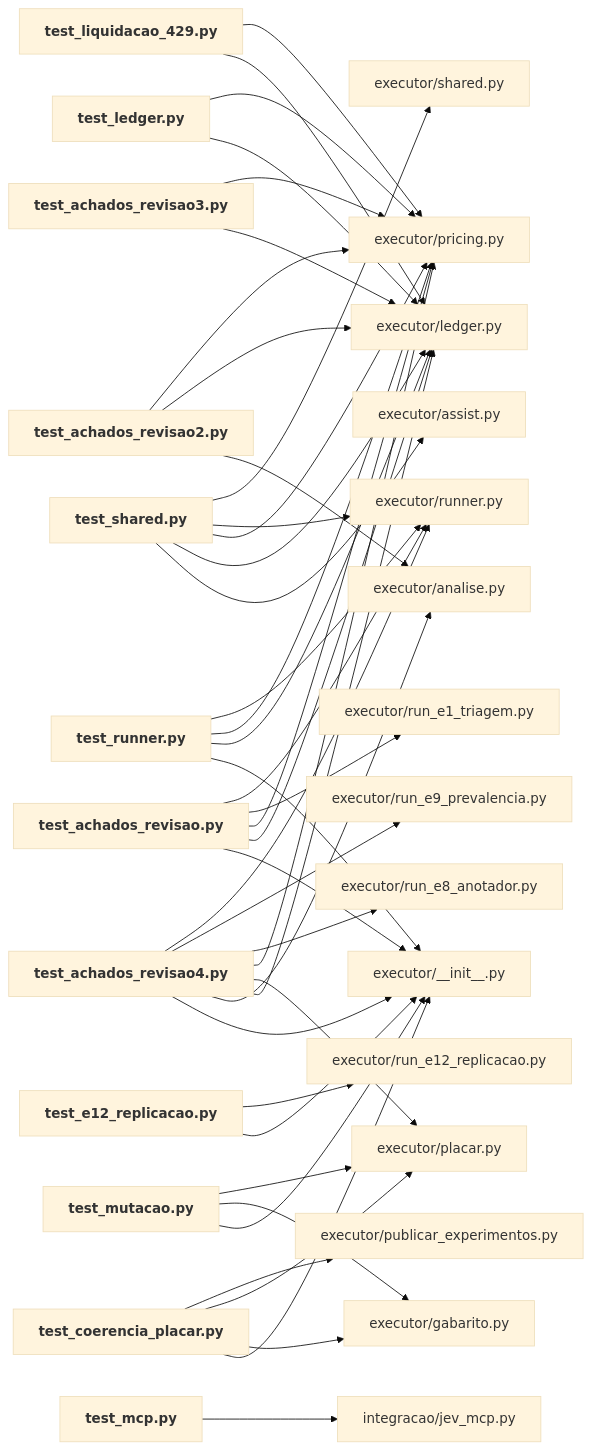
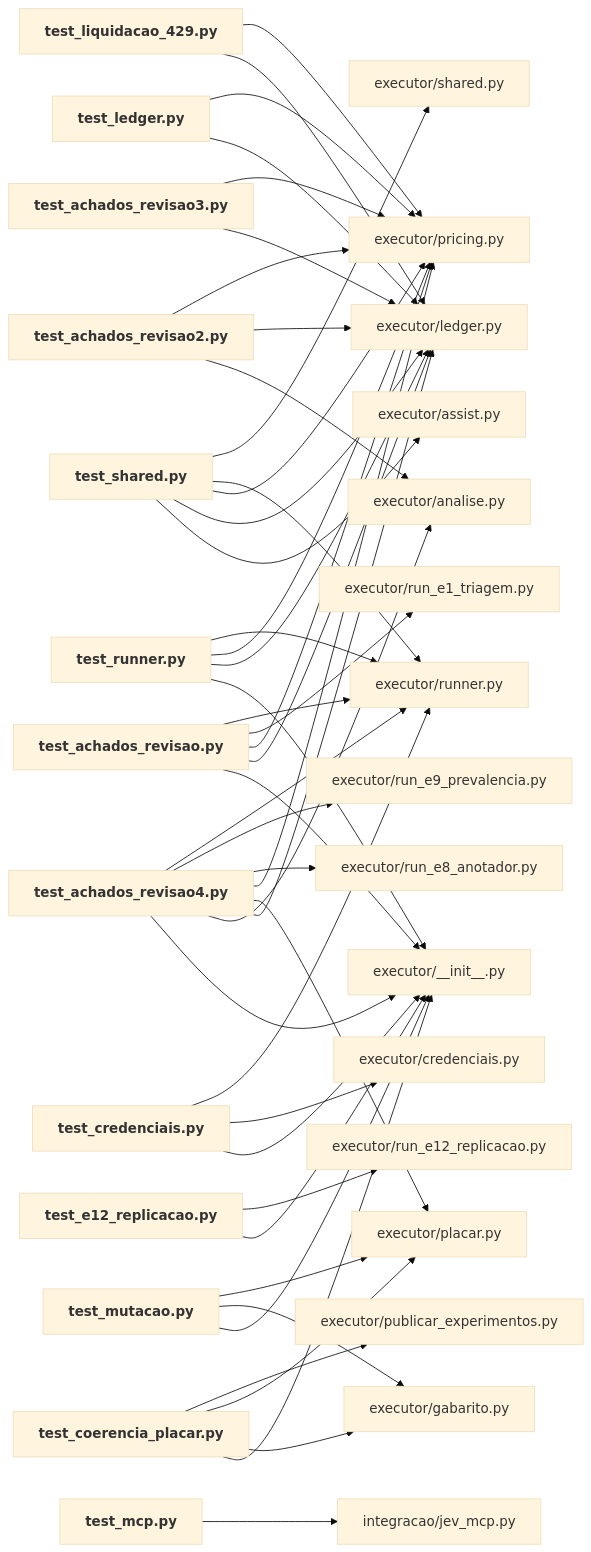
The diagram in mapa/pastas/executor__tests.md (igormorais123/JEV), drawn with Mermaid (base theme) before and after one commit. The commit also changed other lines of this file and 49 other files, not shown here.

````diff
--- a/mapa/pastas/executor__tests.md
+++ b/mapa/pastas/executor__tests.md
@@ -33,71 +34,76 @@
 ```mermaid
 flowchart LR
   n_executor___init___py["executor/__init__.py"]
   n_executor_analise_py["executor/analise.py"]
   n_executor_assist_py["executor/assist.py"]
+  n_executor_credenciais_py["executor/credenciais.py"]
   n_executor_gabarito_py["executor/gabarito.py"]
   n_executor_ledger_py["executor/ledger.py"]
   n_executor_placar_py["executor/placar.py"]
   n_executor_pricing_py["executor/pricing.py"]
   n_executor_publicar_experimentos_py["executor/publicar_experimentos.py"]
   n_executor_run_e12_replicacao_py["executor/run_e12_replicacao.py"]
   n_executor_run_e1_triagem_py["executor/run_e1_triagem.py"]
   n_executor_run_e8_anotador_py["executor/run_e8_anotador.py"]
   n_executor_run_e9_prevalencia_py["executor/run_e9_prevalencia.py"]
   n_executor_runner_py["executor/runner.py"]
   n_executor_shared_py["executor/shared.py"]
   n_executor_tests_test_achados_revisao_py["<b>test_achados_revisao.py</b>"]
   n_executor_tests_test_achados_revisao2_py["<b>test_achados_revisao2.py</b>"]
   n_executor_tests_test_achados_revisao3_py["<b>test_achados_revisao3.py</b>"]
   n_executor_tests_test_achados_revisao4_py["<b>test_achados_revisao4.py</b>"]
   n_executor_tests_test_coerencia_placar_py["<b>test_coerencia_placar.py</b>"]
+  n_executor_tests_test_credenciais_py["<b>test_credenciais.py</b>"]
   n_executor_tests_test_e12_replicacao_py["<b>test_e12_replicacao.py</b>"]
   n_executor_tests_test_ledger_py["<b>test_ledger.py</b>"]
   n_executor_tests_test_liquidacao_429_py["<b>test_liquidacao_429.py</b>"]
   n_executor_tests_test_mcp_py["<b>test_mcp.py</b>"]
   n_executor_tests_test_mutacao_py["<b>test_mutacao.py</b>"]
   n_executor_tests_test_runner_py["<b>test_runner.py</b>"]
   n_executor_tests_test_shared_py["<b>test_shared.py</b>"]
   n_integracao_jev_mcp_py["integracao/jev_mcp.py"]
   n_executor_tests_test_achados_revisao_py --> n_executor___init___py
   n_executor_tests_test_achados_revisao_py --> n_executor_ledger_py
   n_executor_tests_test_achados_revisao_py --> n_executor_pricing_py
   n_executor_tests_test_achados_revisao_py --> n_executor_run_e1_triagem_py
   n_executor_tests_test_achados_revisao_py --> n_executor_runner_py
   n_executor_tests_test_achados_revisao2_py --> n_executor_analise_py
   n_executor_tests_test_achados_revisao2_py --> n_executor_ledger_py
   n_executor_tests_test_achados_revisao2_py --> n_executor_pricing_py
   n_executor_tests_test_achados_revisao3_py --> n_executor_ledger_py
   n_executor_tests_test_achados_revisao3_py --> n_executor_pricing_py
   n_executor_tests_test_achados_revisao4_py --> n_executor___init___py
   n_executor_tests_test_achados_revisao4_py --> n_executor_analise_py
   n_executor_tests_test_achados_revisao4_py --> n_executor_ledger_py
   n_executor_tests_test_achados_revisao4_py --> n_executor_placar_py
   n_executor_tests_test_achados_revisao4_py --> n_executor_pricing_py
   n_executor_tests_test_achados_revisao4_py --> n_executor_run_e8_anotador_py
   n_executor_tests_test_achados_revisao4_py --> n_executor_run_e9_prevalencia_py
   n_executor_tests_test_achados_revisao4_py --> n_executor_runner_py
   n_executor_tests_test_coerencia_placar_py --> n_executor___init___py
   n_executor_tests_test_coerencia_placar_py --> n_executor_gabarito_py
   n_executor_tests_test_coerencia_placar_py --> n_executor_placar_py
   n_executor_tests_test_coerencia_placar_py --> n_executor_publicar_experimentos_py
+  n_executor_tests_test_credenciais_py --> n_executor___init___py
+  n_executor_tests_test_credenciais_py --> n_executor_credenciais_py
+  n_executor_tests_test_credenciais_py --> n_executor_runner_py
   n_executor_tests_test_e12_replicacao_py --> n_executor___init___py
   n_executor_tests_test_e12_replicacao_py --> n_executor_run_e12_replicacao_py
   n_executor_tests_test_ledger_py --> n_executor_ledger_py
   n_executor_tests_test_ledger_py --> n_executor_pricing_py
   n_executor_tests_test_liquidacao_429_py --> n_executor_ledger_py
   n_executor_tests_test_liquidacao_429_py --> n_executor_pricing_py
   n_executor_tests_test_mcp_py --> n_integracao_jev_mcp_py
   n_executor_tests_test_mutacao_py --> n_executor___init___py
   n_executor_tests_test_mutacao_py --> n_executor_gabarito_py
   n_executor_tests_test_mutacao_py --> n_executor_placar_py
   n_executor_tests_test_runner_py --> n_executor___init___py
   n_executor_tests_test_runner_py --> n_executor_ledger_py
   n_executor_tests_test_runner_py --> n_executor_pricing_py
   n_executor_tests_test_runner_py --> n_executor_runner_py
   n_executor_tests_test_shared_py --> n_executor_assist_py
   n_executor_tests_test_shared_py --> n_executor_ledger_py
   n_executor_tests_test_shared_py --> n_executor_pricing_py
   n_executor_tests_test_shared_py --> n_executor_runner_py
   n_executor_tests_test_shared_py --> n_executor_shared_py
 ```
````
